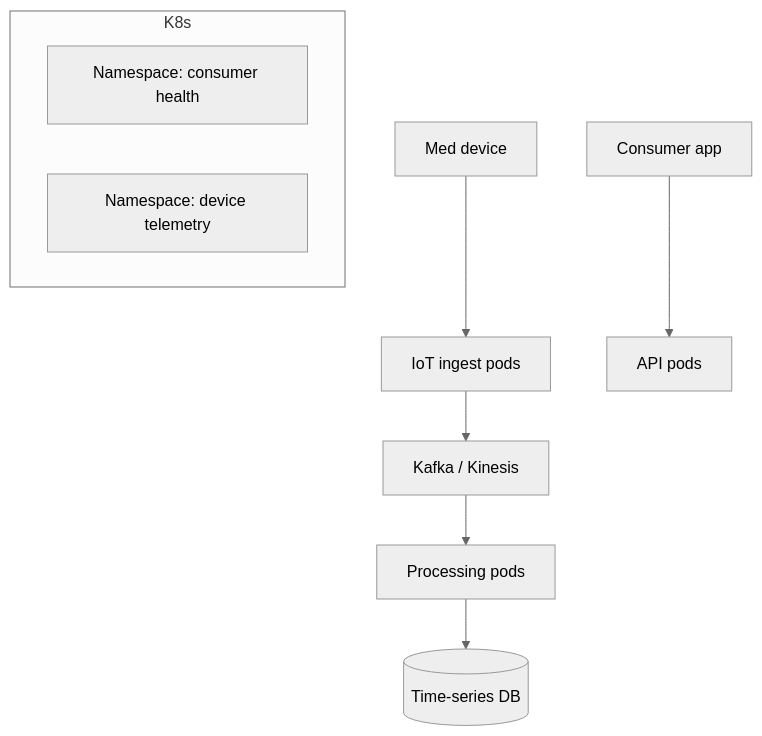
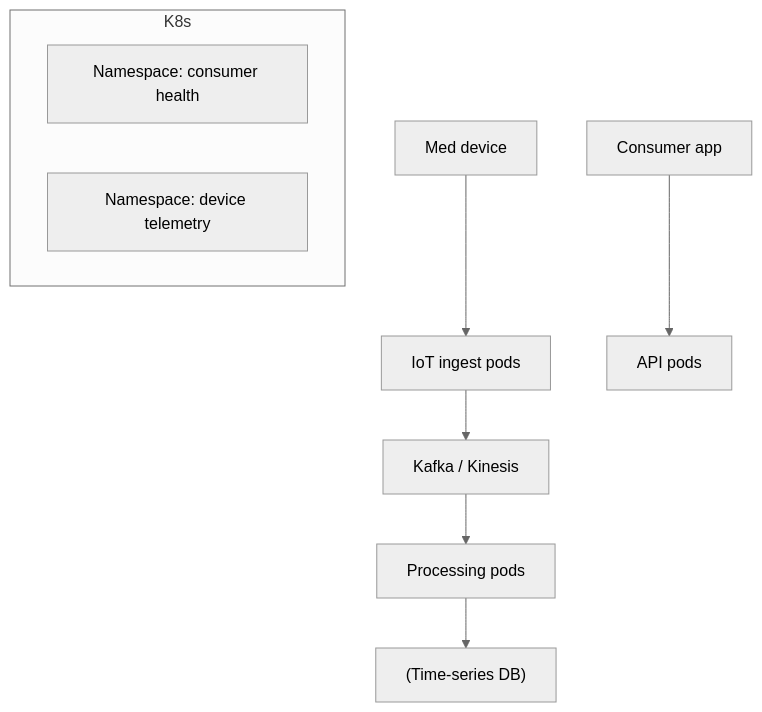
Before and after one commit to WhoisMonesh/K8S-Everything: the diagram in 17-company-cases/jj.md, drawn with Mermaid (neutral theme). The commit also changed 62 other files, not shown here.

First line of the commit message:
Fix all Mermaid diagrams for GitHub compatibility

````diff
--- a/17-company-cases/jj.md
+++ b/17-company-cases/jj.md
@@ -24,12 +24,12 @@
 ```mermaid
 graph TD
     Device[Med device] --> IoT[IoT ingest pods]
     IoT --> Stream[Kafka / Kinesis]
     Stream --> Process[Processing pods]
-    Process --> DB[(Time-series DB)]
+    Process --> DB["(Time-series DB)"]
     App[Consumer app] --> API[API pods]
-    subgraph K8s
+    subgraph "K8s"
         NS1[Namespace: consumer health]
         NS2[Namespace: device telemetry]
     end
 ```
````
